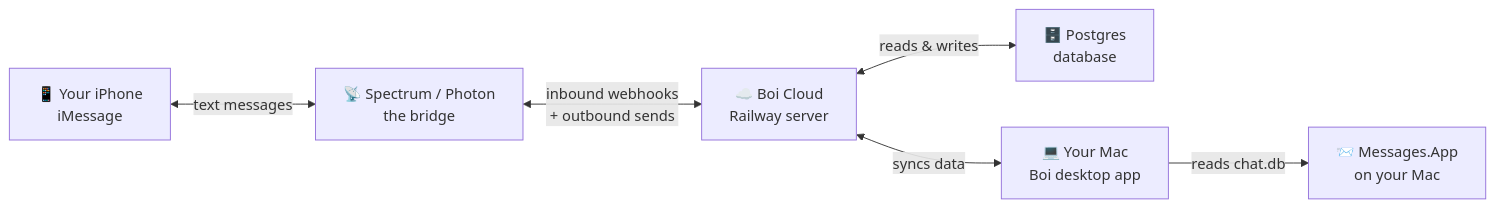
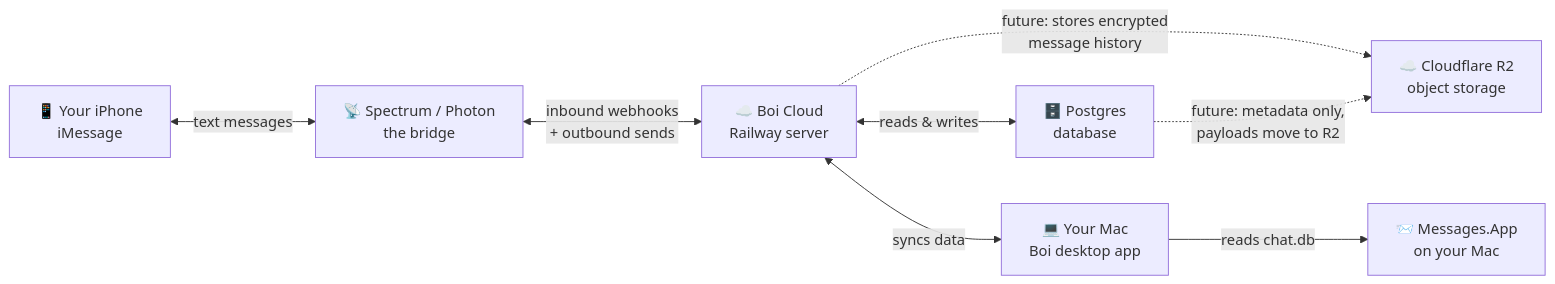
One commit to Ahadk7860/AARP-Concierge changed the first of 7 diagrams in BOI_ARCHITECTURE.md. Above: the diagram before and after it, drawn with Mermaid. The commit also changed other lines of this file, not shown here.

First line of the commit message:
docs: BOI_ARCHITECTURE.md — add R2 storage section + v2 vs v3 comparison

````diff
--- a/BOI_ARCHITECTURE.md
+++ b/BOI_ARCHITECTURE.md
@@ -12,8 +12,10 @@
 ```mermaid
 graph LR
     A[📱 Your iPhone<br/>iMessage] <-->|text messages| B[📡 Spectrum / Photon<br/>the bridge]
     B <-->|inbound webhooks<br/>+ outbound sends| C[☁️ Boi Cloud<br/>Railway server]
     C <-->|reads & writes| D[🗄️ Postgres<br/>database]
     C <-->|syncs data| E[💻 Your Mac<br/>Boi desktop app]
     E -->|reads chat.db| F[📨 Messages.App<br/>on your Mac]
+    C -.->|future: stores encrypted<br/>message history| G[☁️ Cloudflare R2<br/>object storage]
+    D -.->|future: metadata only,<br/>payloads move to R2| G
 ```
````
